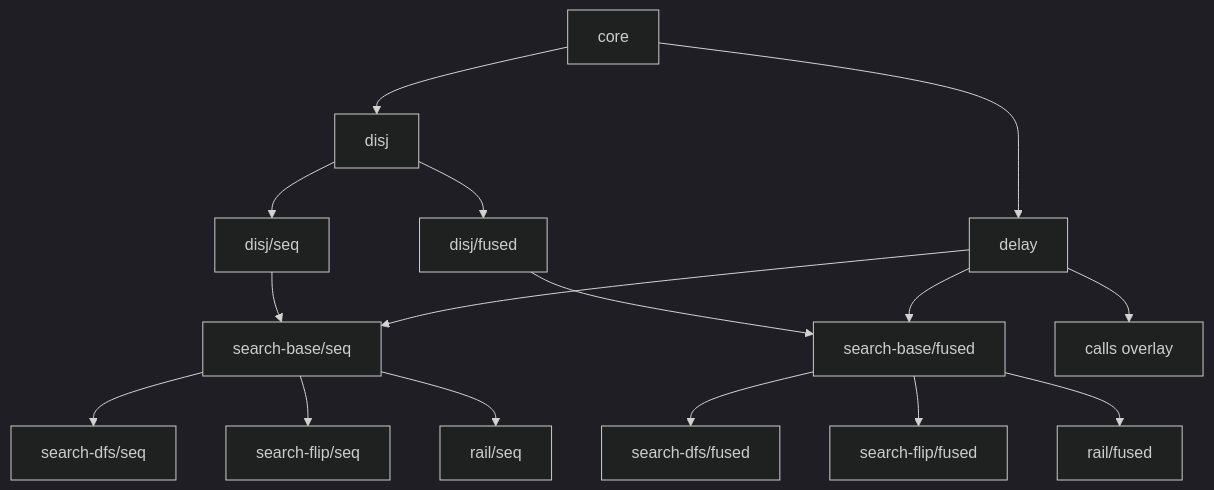
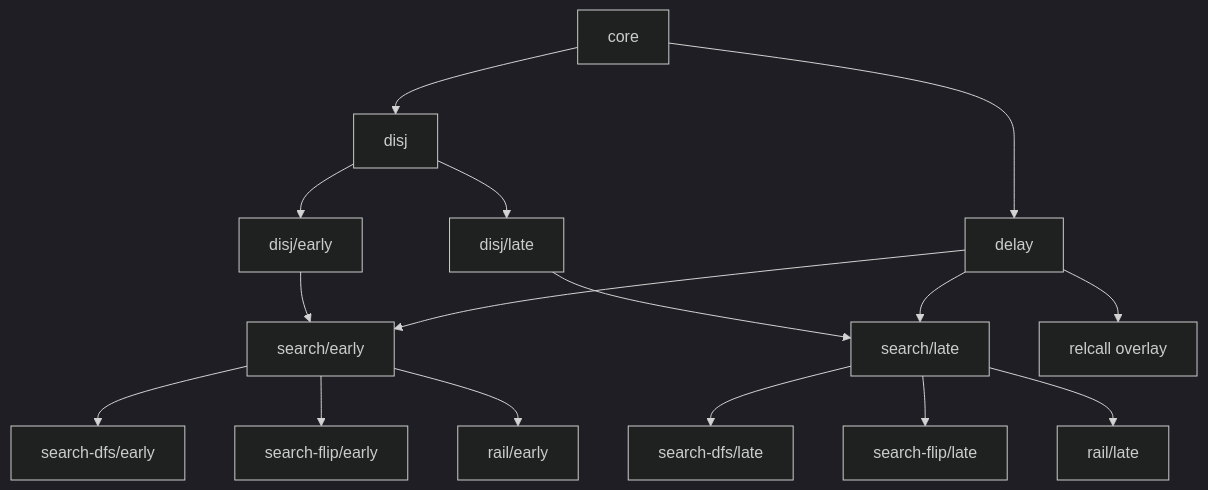
The diagram in docs/semantics-ladder.md (brysenPfingsten/mk-redex-viz), drawn with Mermaid (dark theme) before and after one commit. The commit also changed other lines of this file and 11 other files, not shown here.

````diff
--- a/docs/semantics-ladder.md
+++ b/docs/semantics-ladder.md
@@ -36,33 +36,33 @@
 ```mermaid
 flowchart TD
   CORE["core"]
   DELAY["delay"]
   DISJ["disj"]
-  DISJSEQ["disj/seq"]
-  DISJFUSED["disj/fused"]
-  SBSEQ["search-base/seq"]
-  SBFUSED["search-base/fused"]
-  DFSSEQ["search-dfs/seq"]
-  DFSFUSED["search-dfs/fused"]
-  FLIPSEQ["search-flip/seq"]
-  FLIPFUSED["search-flip/fused"]
-  RAILSEQ["rail/seq"]
-  RAILFUSED["rail/fused"]
-  CALLS["calls overlay"]
+  DISJEARLY["disj/early"]
+  DISJLATE["disj/late"]
+  SEARCHEARLY["search/early"]
+  SEARCHLATE["search/late"]
+  DFSEARLY["search-dfs/early"]
+  DFSLATE["search-dfs/late"]
+  FLIPEARLY["search-flip/early"]
+  FLIPLATE["search-flip/late"]
+  RAILEARLY["rail/early"]
+  RAILLATE["rail/late"]
+  RELCALL["relcall overlay"]
 
   CORE --> DELAY
   CORE --> DISJ
-  DISJ --> DISJSEQ
-  DISJ --> DISJFUSED
-  DELAY --> SBSEQ
-  DELAY --> SBFUSED
-  DISJSEQ --> SBSEQ
-  DISJFUSED --> SBFUSED
-  SBSEQ --> DFSSEQ
-  SBFUSED --> DFSFUSED
-  SBSEQ --> FLIPSEQ
-  SBFUSED --> FLIPFUSED
-  SBSEQ --> RAILSEQ
-  SBFUSED --> RAILFUSED
-  DELAY --> CALLS
+  DISJ --> DISJEARLY
+  DISJ --> DISJLATE
+  DELAY --> SEARCHEARLY
+  DELAY --> SEARCHLATE
+  DISJEARLY --> SEARCHEARLY
+  DISJLATE --> SEARCHLATE
+  SEARCHEARLY --> DFSEARLY
+  SEARCHLATE --> DFSLATE
+  SEARCHEARLY --> FLIPEARLY
+  SEARCHLATE --> FLIPLATE
+  SEARCHEARLY --> RAILEARLY
+  SEARCHLATE --> RAILLATE
+  DELAY --> RELCALL
 ```
````
